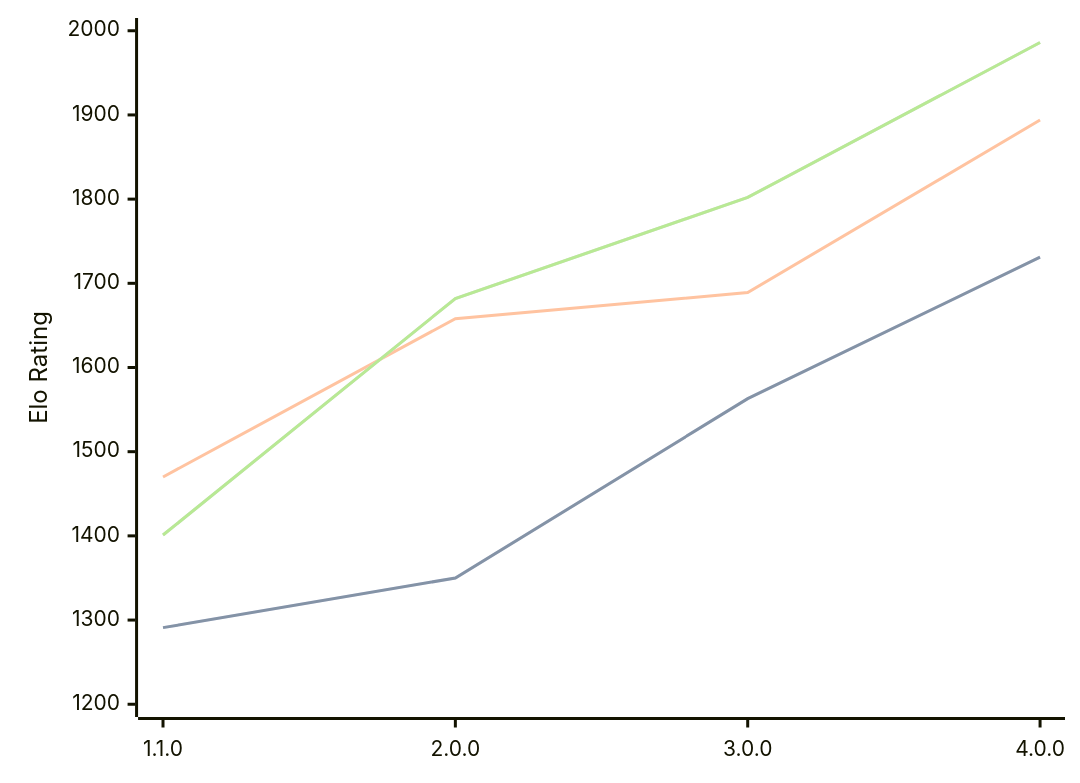
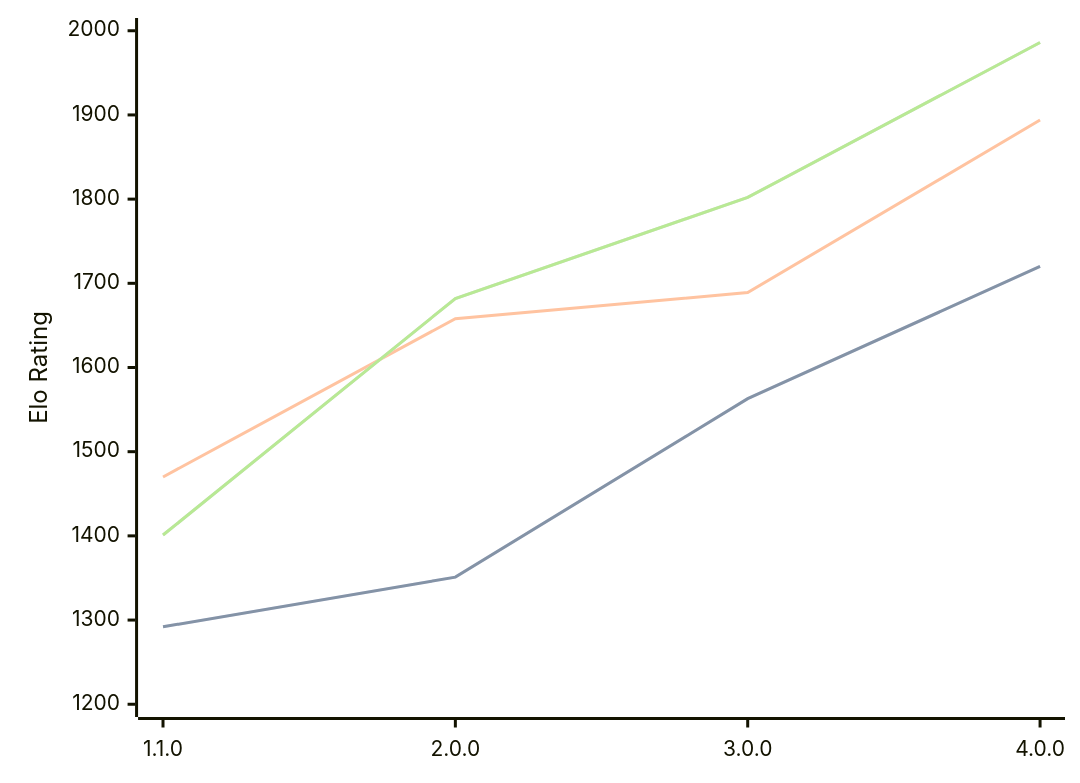
One commit to computer-chess-index/cci changed the diagram in engines/Laura.md. Above: the diagram before and after it, drawn with Mermaid. The commit also changed other lines of this file, not shown here.

````diff
--- a/engines/Laura.md
+++ b/engines/Laura.md
@@ -34,11 +34,11 @@
 ```mermaid
 %%{init: {"theme":"base","themeVariables":{"seriesColors:['#a3a3a3','#222221','#faa371']}}}%%
 xychart-beta
   x-axis ["1.1.0", "2.0.0", "3.0.0", "4.0.0"]
   y-axis "Elo Rating" 1200 --> 2000
-  line "STC (8.0+0.08s)" [1291, 1350, 1563, 1731]
-  line "STC (8.0+0.08s)" [1291, 1350, 1563, 1731]
+  line "STC (8.0+0.08s)" [1292, 1351, 1563, 1720]
+  line "STC (8.0+0.08s)" [1292, 1351, 1563, 1720]
   line "LTC (60.0+0.60s)" [1470, 1658, 1689, 1894]
   line "VLTC (2m24s+1.12s)" [1401, 1682, 1802, 1986]
   line "VLTC (2m24s+1.12s)" [1401, 1682, 1802, 1986]
 ```
````
